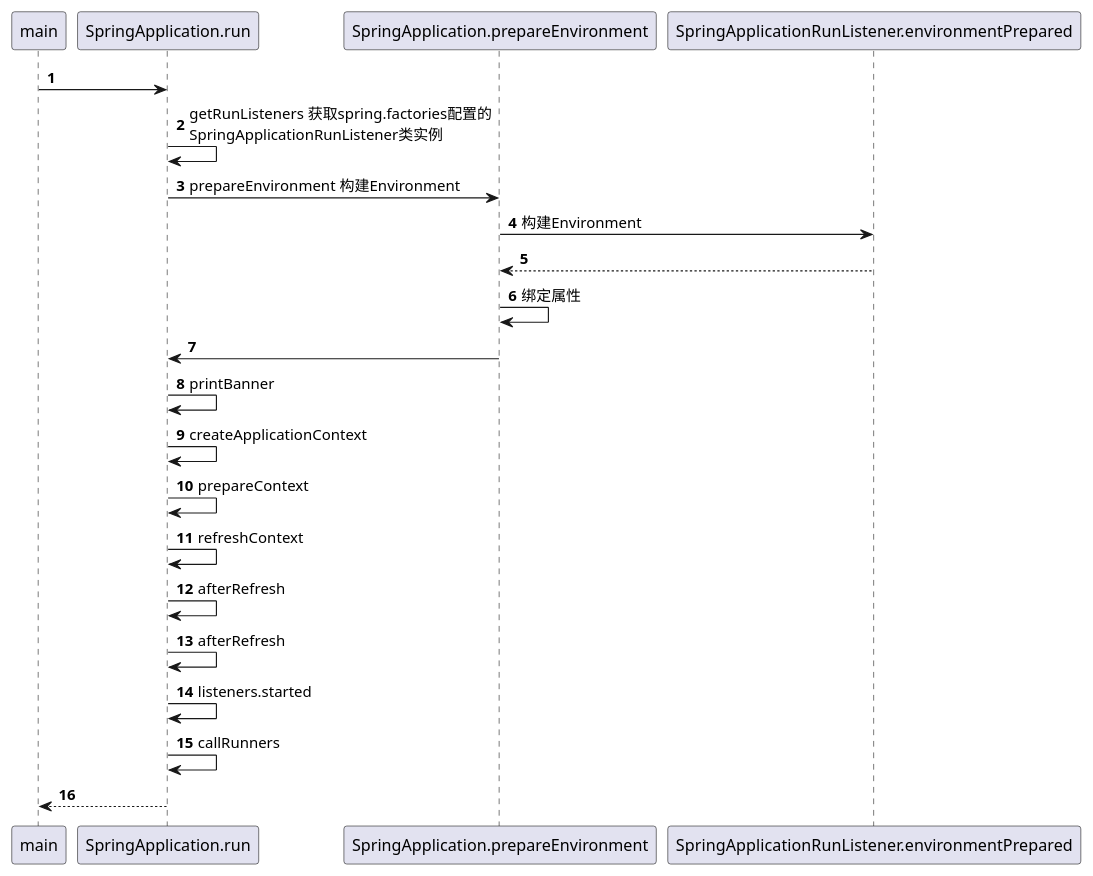
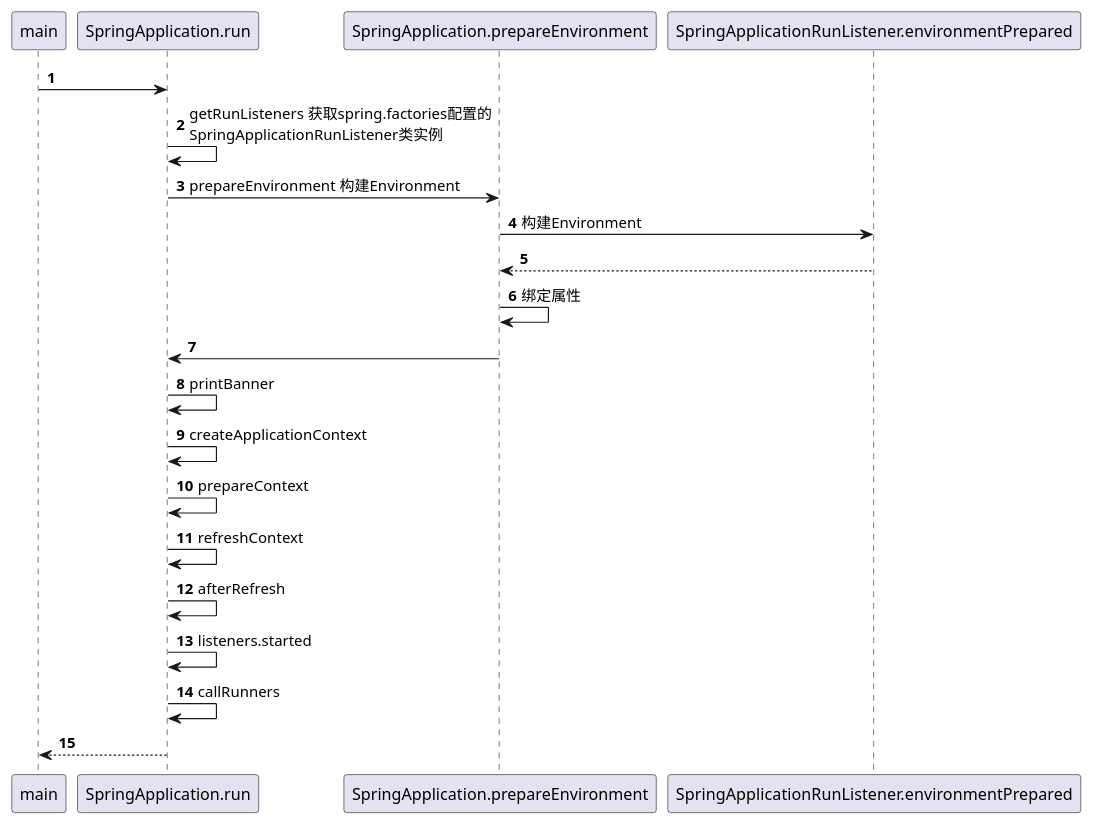
Before and after one commit to walklown/daily-code: the diagram in design/spring/Starter 1 Environment.puml, drawn with PlantUML. The commit also changed 2 other files, not shown here.

Commit message:
finish application flow

```diff
--- a/design/spring/Starter 1 Environment.puml
+++ b/design/spring/Starter 1 Environment.puml
@@ -1,23 +1,22 @@
 @startuml
 'https://plantuml.com/sequence-diagram
 
 autonumber
 
 main -> SpringApplication.run
 SpringApplication.run -> SpringApplication.run : getRunListeners 获取spring.factories配置的\nSpringApplicationRunListener类实例
 SpringApplication.run -> SpringApplication.prepareEnvironment : prepareEnvironment 构建Environment
 SpringApplication.prepareEnvironment -> SpringApplicationRunListener.environmentPrepared : 构建Environment
 SpringApplicationRunListener.environmentPrepared --> SpringApplication.prepareEnvironment
 SpringApplication.prepareEnvironment -> SpringApplication.prepareEnvironment : 绑定属性
 SpringApplication.prepareEnvironment -> SpringApplication.run
 SpringApplication.run -> SpringApplication.run : printBanner
 SpringApplication.run -> SpringApplication.run : createApplicationContext
 SpringApplication.run -> SpringApplication.run : prepareContext
 SpringApplication.run -> SpringApplication.run : refreshContext
 SpringApplication.run -> SpringApplication.run : afterRefresh
-SpringApplication.run -> SpringApplication.run : afterRefresh
 SpringApplication.run -> SpringApplication.run : listeners.started
 SpringApplication.run -> SpringApplication.run : callRunners
 SpringApplication.run --> main
 
 @enduml
```
